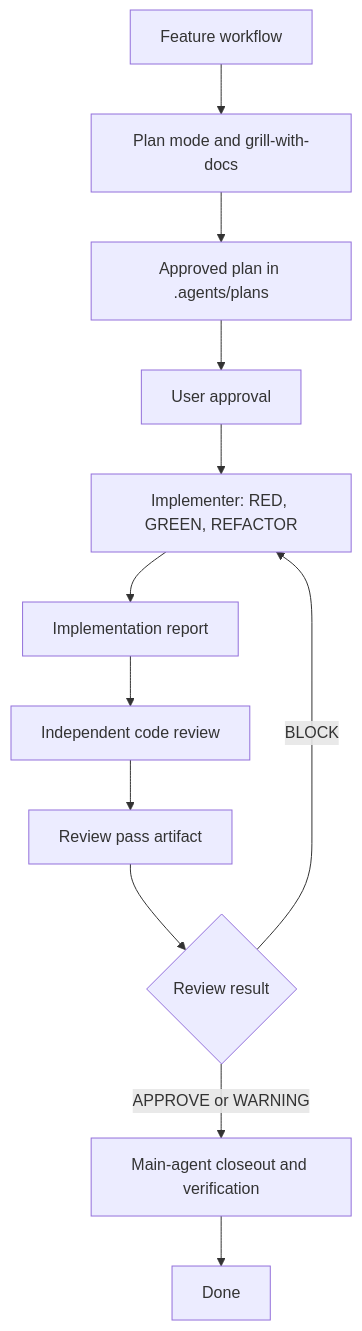
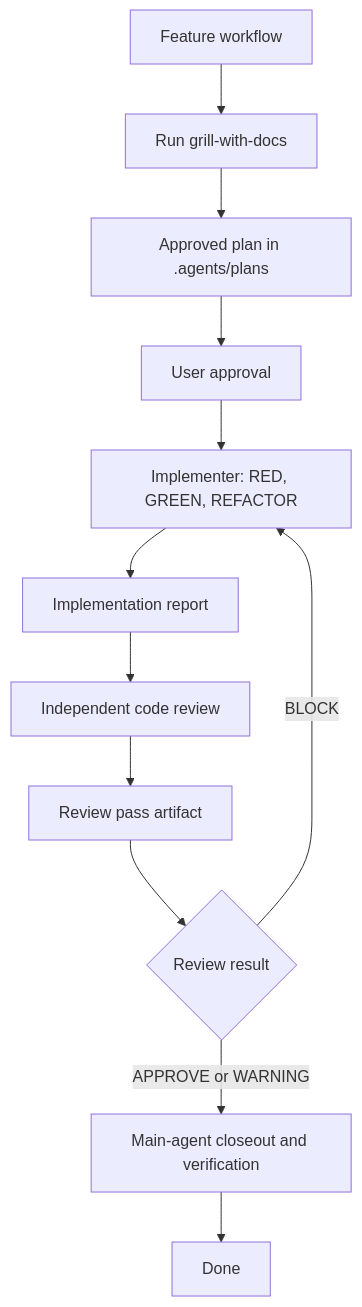
The second of 4 diagrams in README.md (aloilor/lean-coding-agent), drawn with Mermaid before and after one commit. The commit also changed other lines of this file and 10 other files, not shown here.

````diff
--- a/README.md
+++ b/README.md
@@ -59,14 +59,14 @@
 ```mermaid
 flowchart TD
-    A[Feature workflow] --> B[Plan mode and grill-with-docs]
+    A[Feature workflow] --> B[Run grill-with-docs]
     B --> C[Approved plan in .agents/plans]
     C --> D[User approval]
     D --> E[Implementer: RED, GREEN, REFACTOR]
     E --> F[Implementation report]
     F --> G[Independent code review]
     G --> H[Review pass artifact]
     H --> I{Review result}
     I -->|BLOCK| E
     I -->|APPROVE or WARNING| J[Main-agent closeout and verification]
     J --> K[Done]
 ```
````
